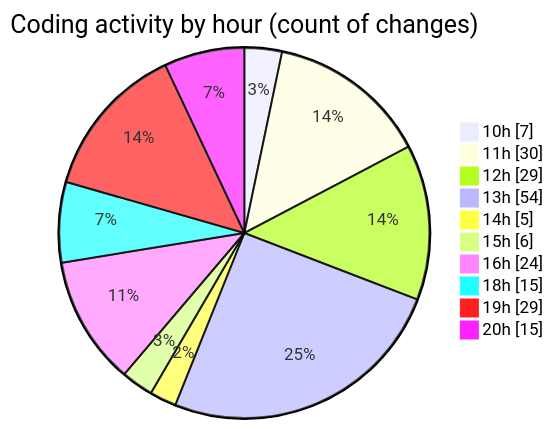
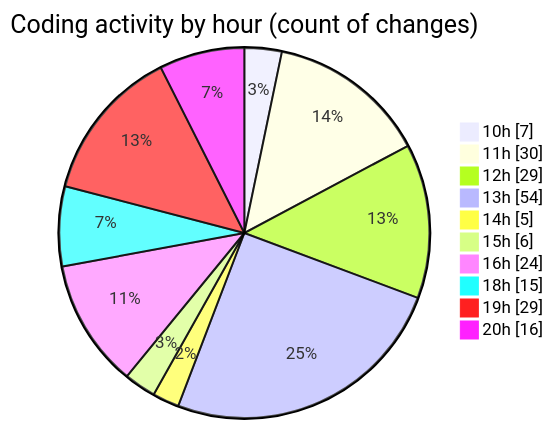
One commit to momahboobian/code-tracking changed the second of 2 diagrams in 2025-06-26/cda/README.md. Above: the diagram before and after it, drawn with Mermaid. The commit also changed other lines of this file and 1 other file, not shown here.

````diff
--- a/2025-06-26/cda/README.md
+++ b/2025-06-26/cda/README.md
@@ -45,14 +45,14 @@
 ```mermaid
 pie showData
 title Coding activity by hour (count of changes)
 "10h" : 7
 "11h" : 30
 "12h" : 29
 "13h" : 54
 "14h" : 5
 "15h" : 6
 "16h" : 24
 "18h" : 15
 "19h" : 29
-"20h" : 15
+"20h" : 16
 ```
````
